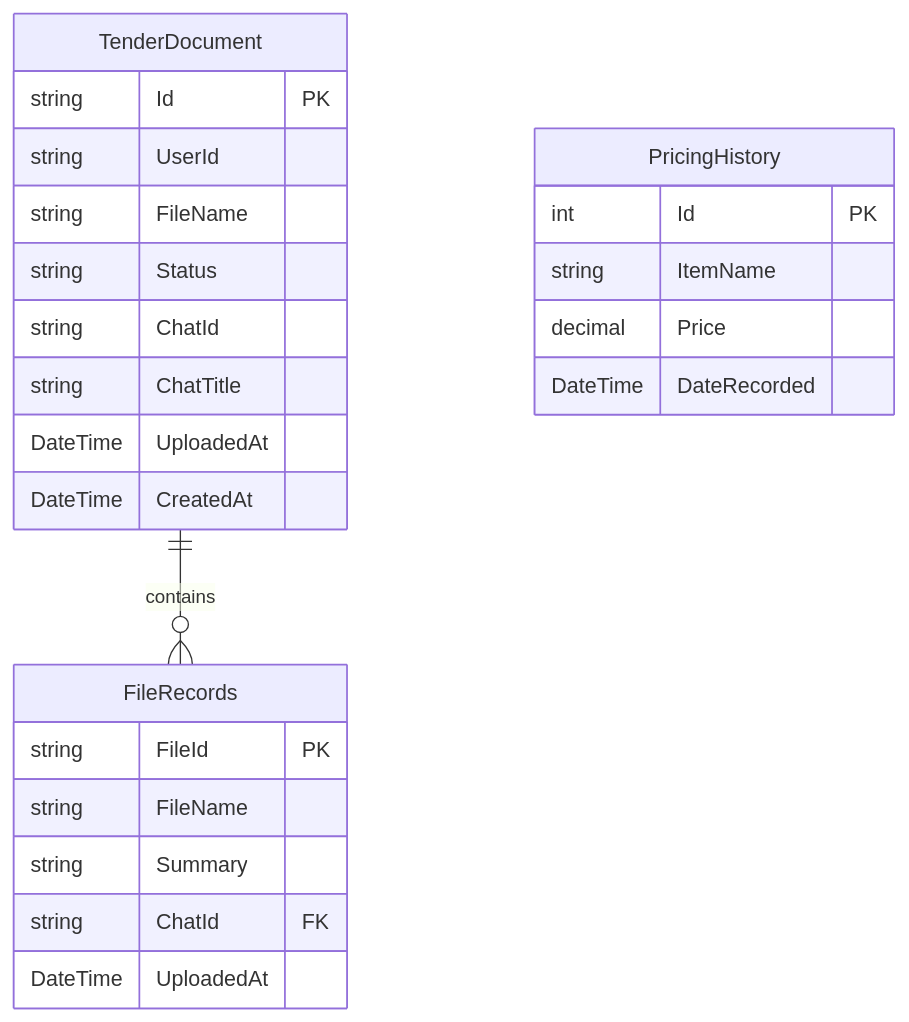
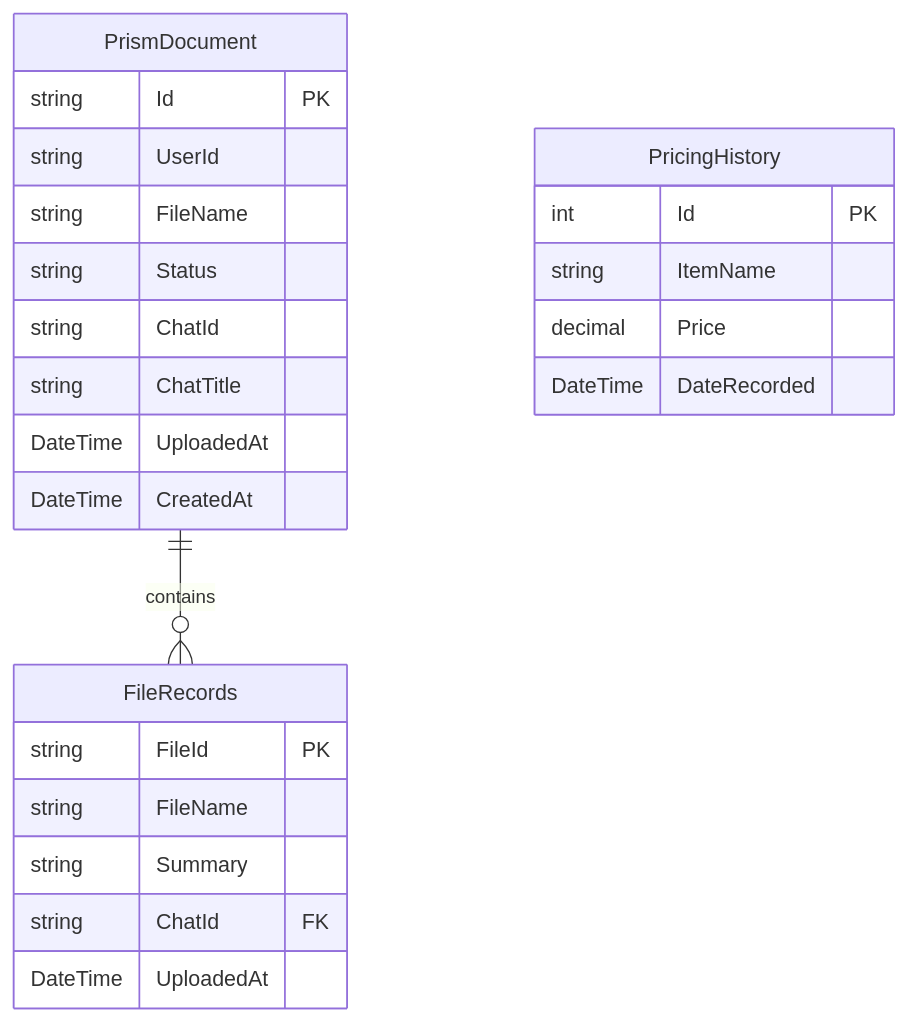
Before and after one commit to i-mouse/prism: the fifth of 5 diagrams in docs/AI_HANDOFF.md, drawn with Mermaid. The commit also changed other lines of this file and 117 other files, not shown here.

Commit message:
TenderAI - Prism

````diff
--- a/docs/AI_HANDOFF.md
+++ b/docs/AI_HANDOFF.md
@@ -193,27 +193,27 @@
 ```mermaid
 erDiagram
-    TenderDocument ||--o{ FileRecords : contains
-    TenderDocument {
+    PrismDocument ||--o{ FileRecords : contains
+    PrismDocument {
         string Id PK
         string UserId
         string FileName
         string Status
         string ChatId
         string ChatTitle
         DateTime UploadedAt
         DateTime CreatedAt
     }
     FileRecords {
         string FileId PK
         string FileName
         string Summary
         string ChatId FK
         DateTime UploadedAt
     }
     PricingHistory {
         int Id PK
         string ItemName
         decimal Price
         DateTime DateRecorded
     }
 ```
````
